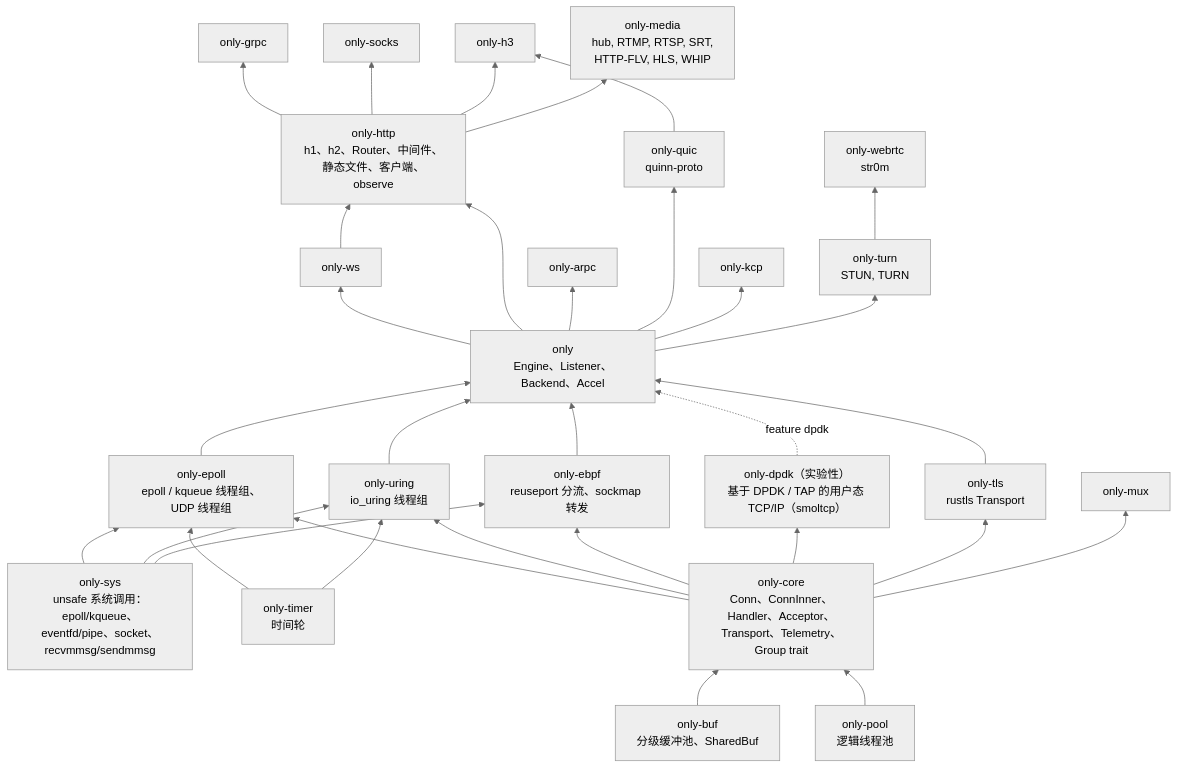
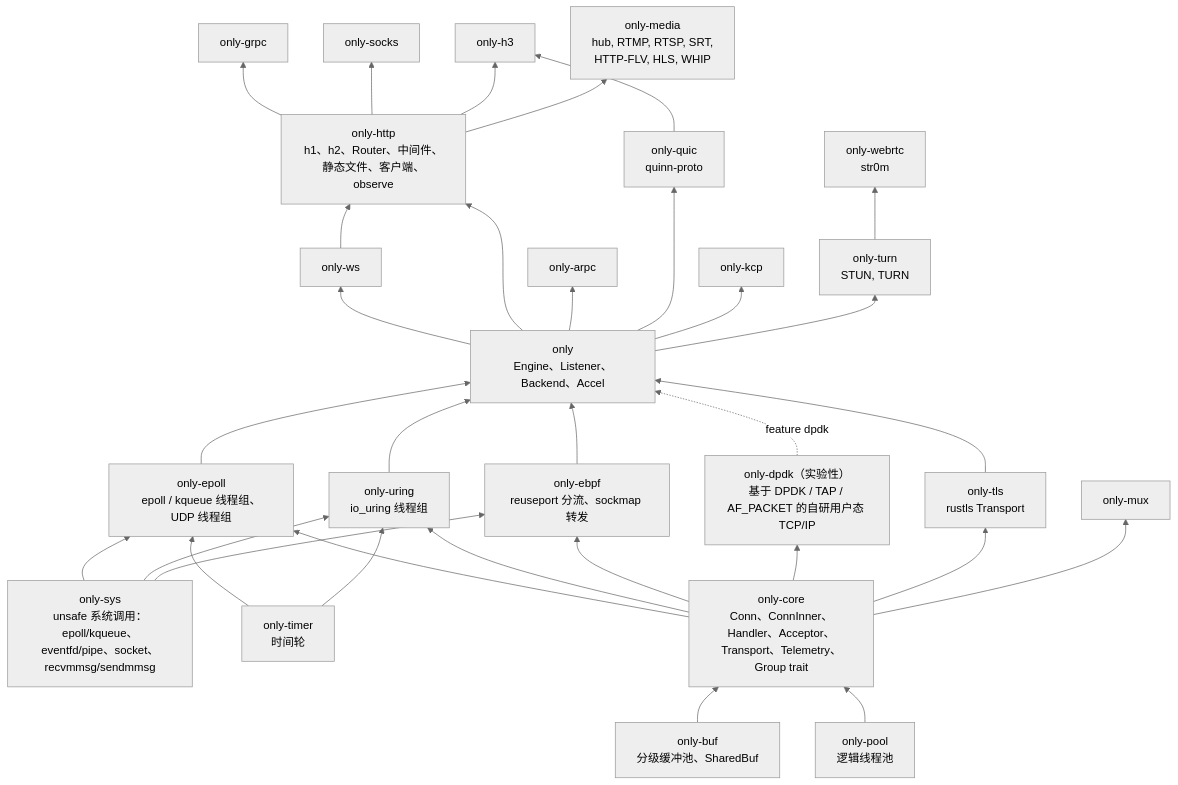
Before and after one commit to lesismal/akio: the first of 6 diagrams in docs/architecture.zh-CN.md, drawn with Mermaid (neutral theme). The commit also changed 1029 other files, not shown here.

First line of the commit message:
feat(only-dpdk)!: own userspace TCP/IP stack replacing smoltcp

````diff
--- a/docs/architecture.zh-CN.md
+++ b/docs/architecture.zh-CN.md
@@ -12,58 +12,58 @@
 ```mermaid
 flowchart BT
     sys["only-sys<br/>unsafe 系统调用：epoll/kqueue、<br/>eventfd/pipe、socket、recvmmsg/sendmmsg"]
     buf["only-buf<br/>分级缓冲池、SharedBuf"]
     timer["only-timer<br/>时间轮"]
     pool["only-pool<br/>逻辑线程池"]
     core["only-core<br/>Conn、ConnInner、Handler、Acceptor、<br/>Transport、Telemetry、Group trait"]
     epoll["only-epoll<br/>epoll / kqueue 线程组、UDP 线程组"]
     uring["only-uring<br/>io_uring 线程组"]
     ebpf["only-ebpf<br/>reuseport 分流、sockmap 转发"]
-    dpdk["only-dpdk（实验性）<br/>基于 DPDK / TAP 的用户态 TCP/IP（smoltcp）"]
+    dpdk["only-dpdk（实验性）<br/>基于 DPDK / TAP / AF_PACKET 的自研用户态 TCP/IP"]
     tls["only-tls<br/>rustls Transport"]
     facade["only<br/>Engine、Listener、Backend、Accel"]
     http["only-http<br/>h1、h2、Router、中间件、<br/>静态文件、客户端、observe"]
     ws[only-ws]
     grpc[only-grpc]
     arpc[only-arpc]
     socks[only-socks]
     mux[only-mux]
     quic["only-quic<br/>quinn-proto"]
     h3[only-h3]
     kcp[only-kcp]
     turn["only-turn<br/>STUN, TURN"]
     webrtc["only-webrtc<br/>str0m"]
     media["only-media<br/>hub, RTMP, RTSP, SRT,<br/>HTTP-FLV, HLS, WHIP"]
 
     buf --> core
     pool --> core
     core --> epoll
     sys --> epoll
     timer --> epoll
     core --> uring
     sys --> uring
     timer --> uring
     core --> ebpf
     core --> dpdk
     sys --> ebpf
     core --> tls
     epoll --> facade
     uring --> facade
     ebpf --> facade
     dpdk -.->|feature dpdk| facade
     tls --> facade
     facade --> ws
     facade --> http
     ws --> http
     http --> grpc
     facade --> arpc
     http --> socks
     core --> mux
     facade --> quic
     quic --> h3
     http --> h3
     facade --> kcp
     facade --> turn
     turn --> webrtc
     http --> media
 ```
````
